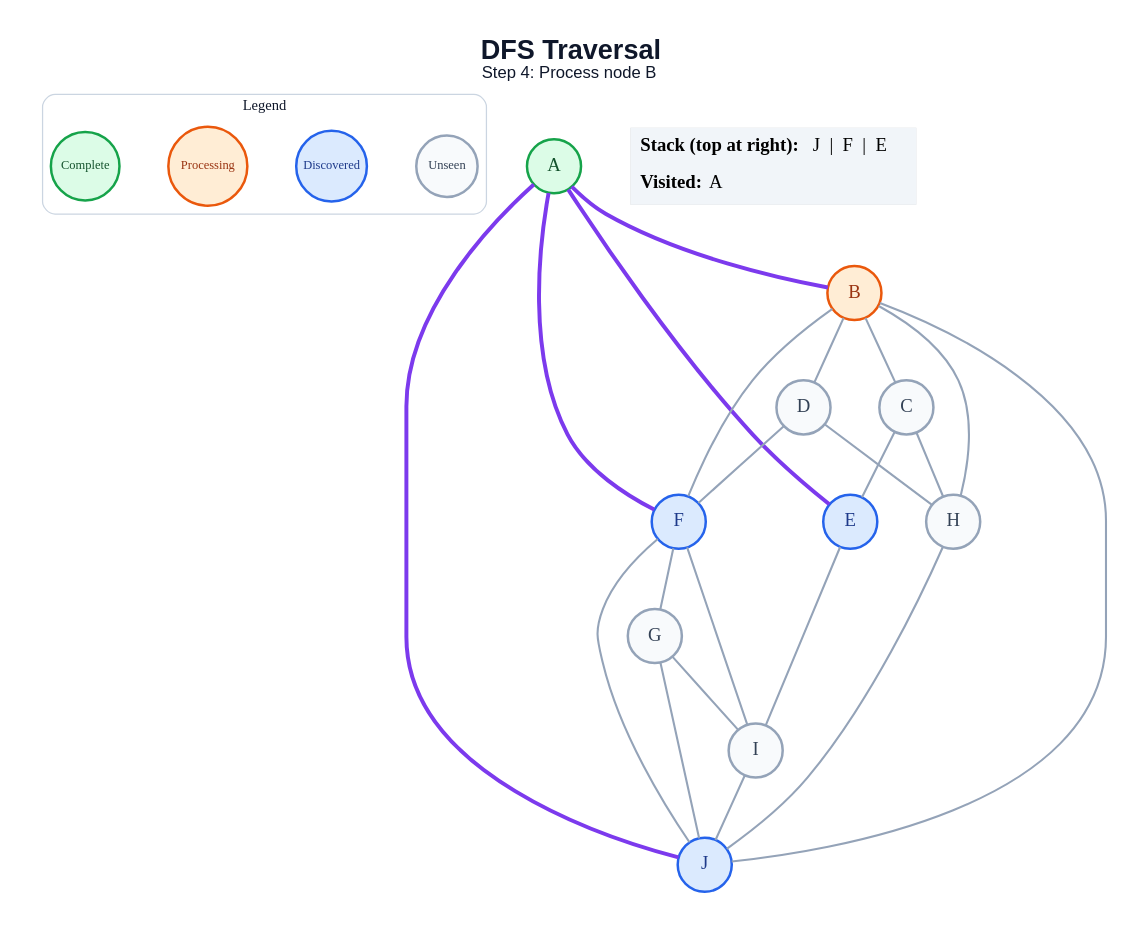
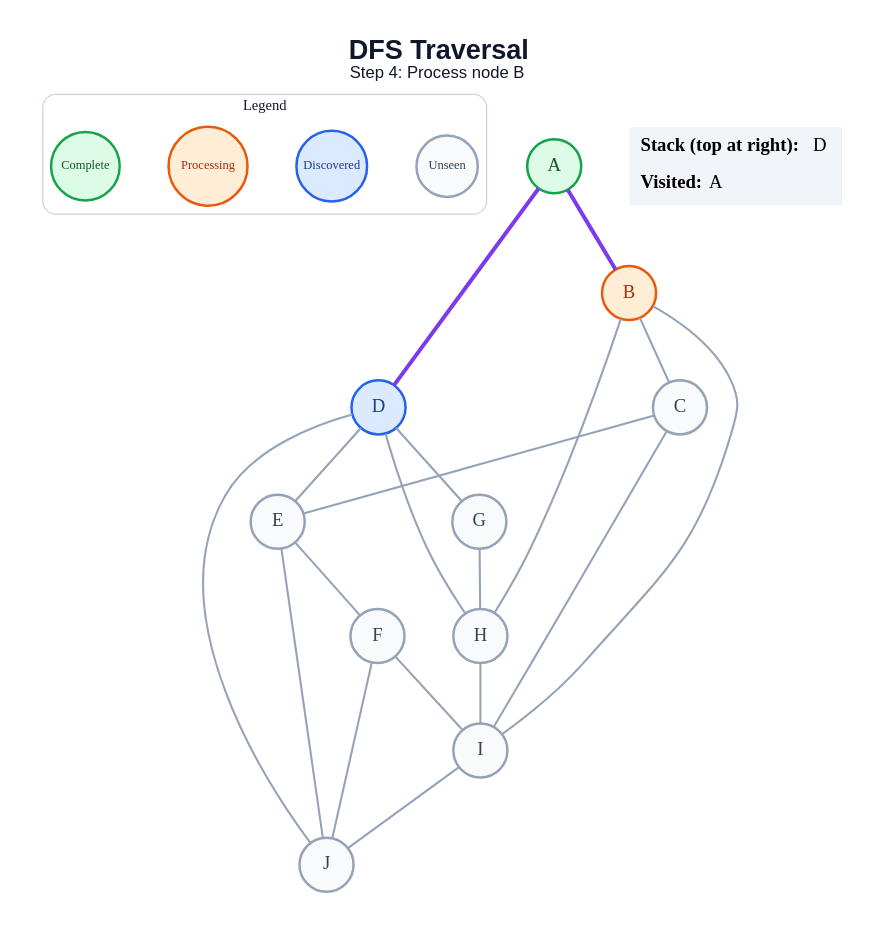
The diagram in generated/dfs/step_04.dot (amanghodawala9/ai-slop), drawn with Graphviz before and after one commit. The commit also changed 178 other files, not shown here.

```diff
--- a/generated/dfs/step_04.dot
+++ b/generated/dfs/step_04.dot
@@ -1,50 +1,47 @@
 graph traversal {
   graph [layout=dot, rankdir=TB, bgcolor="#FFFFFF", pad="0.35", nodesep="0.65", ranksep="0.8", fontname="Arial"];
   node [shape=circle, style="filled", fontname="Arial Bold", fontsize=18, width=0.72, fixedsize=true, penwidth=2.4];
   edge [color="#94A3B8", penwidth=2.0];
   label=<<B>DFS Traversal</B><BR/><FONT POINT-SIZE="16">Step 4: Process node B</FONT>>; labelloc="t"; fontsize=26; fontname="Arial"; fontcolor="#0F172A";
   subgraph cluster_legend { label="Legend"; color="#CBD5E1"; penwidth=1.2; style="rounded"; fontsize=14; fontname="Arial Bold";
     key_unseen [label="Unseen", fillcolor="#F8FAFC", color="#94A3B8", fontcolor="#334155", fontsize=12, width=0.82];
     key_frontier [label="Discovered", fillcolor="#DBEAFE", color="#2563EB", fontcolor="#1E3A8A", fontsize=12, width=0.95];
     key_current [label="Processing", fillcolor="#FFEDD5", color="#EA580C", fontcolor="#9A3412", fontsize=12, width=1.05];
     key_done [label="Complete", fillcolor="#DCFCE7", color="#16A34A", fontcolor="#14532D", fontsize=12, width=0.92];
     { rank=same; key_unseen; key_frontier; key_current; key_done; }
   }
   A [fillcolor="#DCFCE7", color="#16A34A", fontcolor="#14532D"];
   B [fillcolor="#FFEDD5", color="#EA580C", fontcolor="#9A3412"];
   C [fillcolor="#F8FAFC", color="#94A3B8", fontcolor="#334155"];
-  D [fillcolor="#F8FAFC", color="#94A3B8", fontcolor="#334155"];
-  E [fillcolor="#DBEAFE", color="#2563EB", fontcolor="#1E3A8A"];
-  F [fillcolor="#DBEAFE", color="#2563EB", fontcolor="#1E3A8A"];
+  D [fillcolor="#DBEAFE", color="#2563EB", fontcolor="#1E3A8A"];
+  E [fillcolor="#F8FAFC", color="#94A3B8", fontcolor="#334155"];
+  F [fillcolor="#F8FAFC", color="#94A3B8", fontcolor="#334155"];
   G [fillcolor="#F8FAFC", color="#94A3B8", fontcolor="#334155"];
   H [fillcolor="#F8FAFC", color="#94A3B8", fontcolor="#334155"];
   I [fillcolor="#F8FAFC", color="#94A3B8", fontcolor="#334155"];
-  J [fillcolor="#DBEAFE", color="#2563EB", fontcolor="#1E3A8A"];
+  J [fillcolor="#F8FAFC", color="#94A3B8", fontcolor="#334155"];
   A -- B [color="#7C3AED", penwidth=3.8];
-  A -- E [color="#7C3AED", penwidth=3.8];
-  A -- F [color="#7C3AED", penwidth=3.8];
-  A -- J [color="#7C3AED", penwidth=3.8];
+  A -- D [color="#7C3AED", penwidth=3.8];
   B -- C;
-  B -- D;
-  B -- F;
   B -- H;
-  B -- J;
+  B -- I;
   C -- E;
-  C -- H;
-  D -- F;
+  C -- I;
+  D -- E;
+  D -- G;
   D -- H;
-  E -- I;
-  F -- G;
+  D -- J;
+  E -- F;
+  E -- J;
   F -- I;
   F -- J;
-  G -- I;
-  G -- J;
-  H -- J;
+  G -- H;
+  H -- I;
   I -- J;
   status [shape=plain, fixedsize=false, width=0, height=0, margin=0, label=<
     <TABLE BORDER="0" CELLBORDER="0" CELLPADDING="7" BGCOLOR="#F1F5F9">
-      <TR><TD ALIGN="LEFT"><B>Stack (top at right):</B> J  |  F  |  E</TD></TR>
+      <TR><TD ALIGN="LEFT"><B>Stack (top at right):</B> D</TD></TR>
       <TR><TD ALIGN="LEFT"><B>Visited:</B> A</TD></TR>
     </TABLE>
   >];
 }
```
